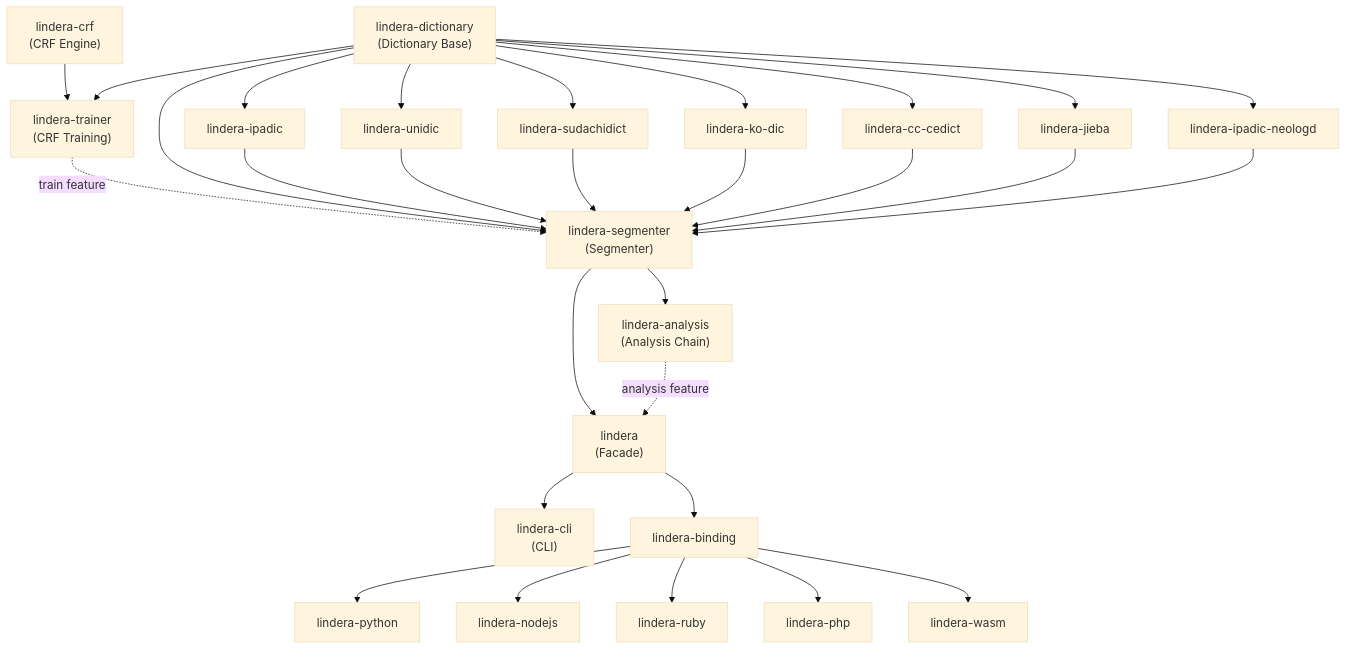
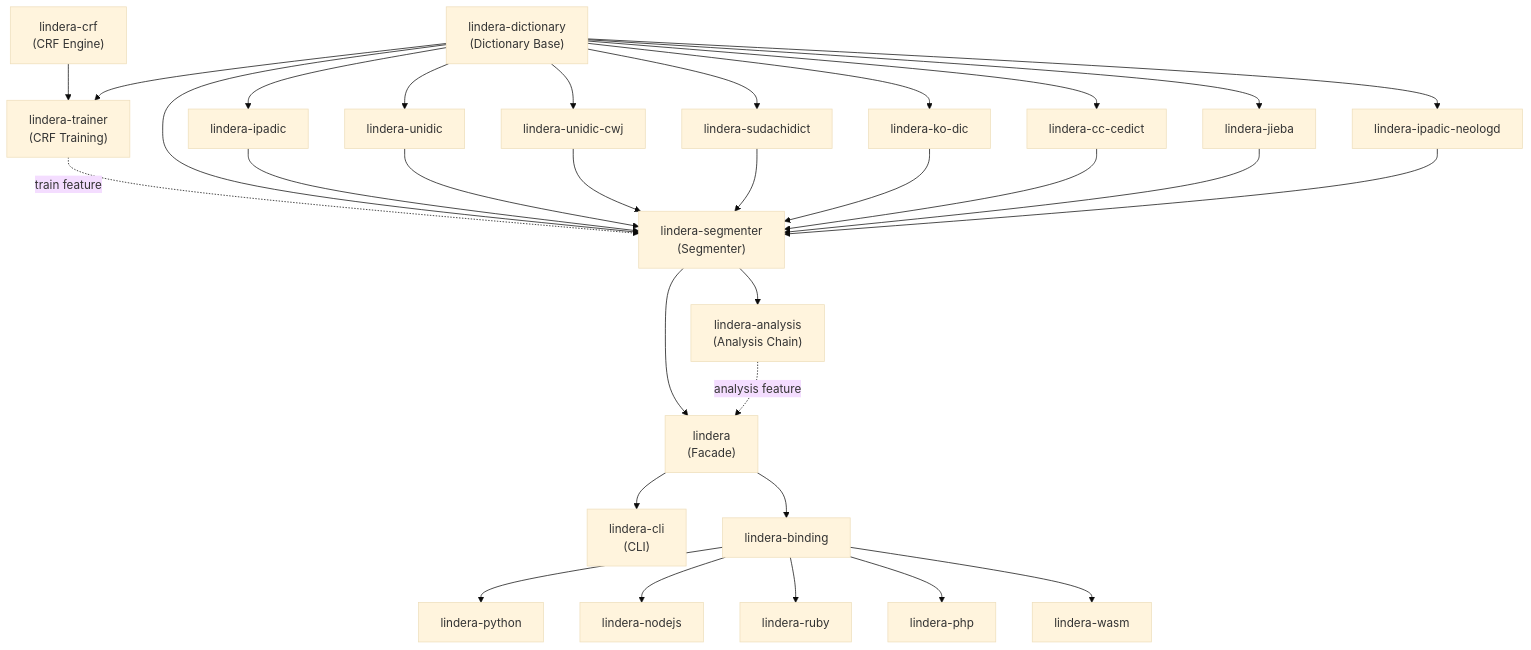
Before and after one commit to lindera/lindera: the diagram in docs/ja/src/architecture.md, drawn with Mermaid (base theme). The commit also changed other lines of this file and 86 other files, not shown here.

````diff
--- a/docs/ja/src/architecture.md
+++ b/docs/ja/src/architecture.md
@@ -7,52 +7,55 @@
 ```mermaid
 graph TB
     CRF["lindera-crf\n(CRF Engine)"]
     DICT["lindera-dictionary\n(Dictionary Base)"]
     TRAINER["lindera-trainer\n(CRF Training)"]
     IPADIC["lindera-ipadic"]
     UNIDIC["lindera-unidic"]
+    UNIDICCWJ["lindera-unidic-cwj"]
     SUDACHIDICT["lindera-sudachidict"]
     KODIC["lindera-ko-dic"]
     CCCEDICT["lindera-cc-cedict"]
     JIEBA["lindera-jieba"]
     NEOLOGD["lindera-ipadic-neologd"]
     SEGMENTER["lindera-segmenter\n(Segmenter)"]
     ANALYSIS["lindera-analysis\n(Analysis Chain)"]
     LIB["lindera\n(Facade)"]
     CLI["lindera-cli\n(CLI)"]
     BINDING["lindera-binding"]
     PY["lindera-python"]
     NODEJS["lindera-nodejs"]
     RUBY["lindera-ruby"]
     PHP["lindera-php"]
     WASM["lindera-wasm"]
 
     CRF --> TRAINER
     DICT --> TRAINER
     TRAINER -.->|"train feature"| SEGMENTER
     DICT --> IPADIC
     DICT --> UNIDIC
+    DICT --> UNIDICCWJ
     DICT --> SUDACHIDICT
     DICT --> KODIC
     DICT --> CCCEDICT
     DICT --> JIEBA
     DICT --> NEOLOGD
     DICT --> SEGMENTER
     IPADIC --> SEGMENTER
     UNIDIC --> SEGMENTER
+    UNIDICCWJ --> SEGMENTER
     SUDACHIDICT --> SEGMENTER
     KODIC --> SEGMENTER
     CCCEDICT --> SEGMENTER
     JIEBA --> SEGMENTER
     NEOLOGD --> SEGMENTER
     SEGMENTER --> ANALYSIS
     SEGMENTER --> LIB
     ANALYSIS -.->|"analysis feature"| LIB
     LIB --> CLI
     LIB --> BINDING
     BINDING --> PY
     BINDING --> NODEJS
     BINDING --> RUBY
     BINDING --> PHP
     BINDING --> WASM
 ```
````
